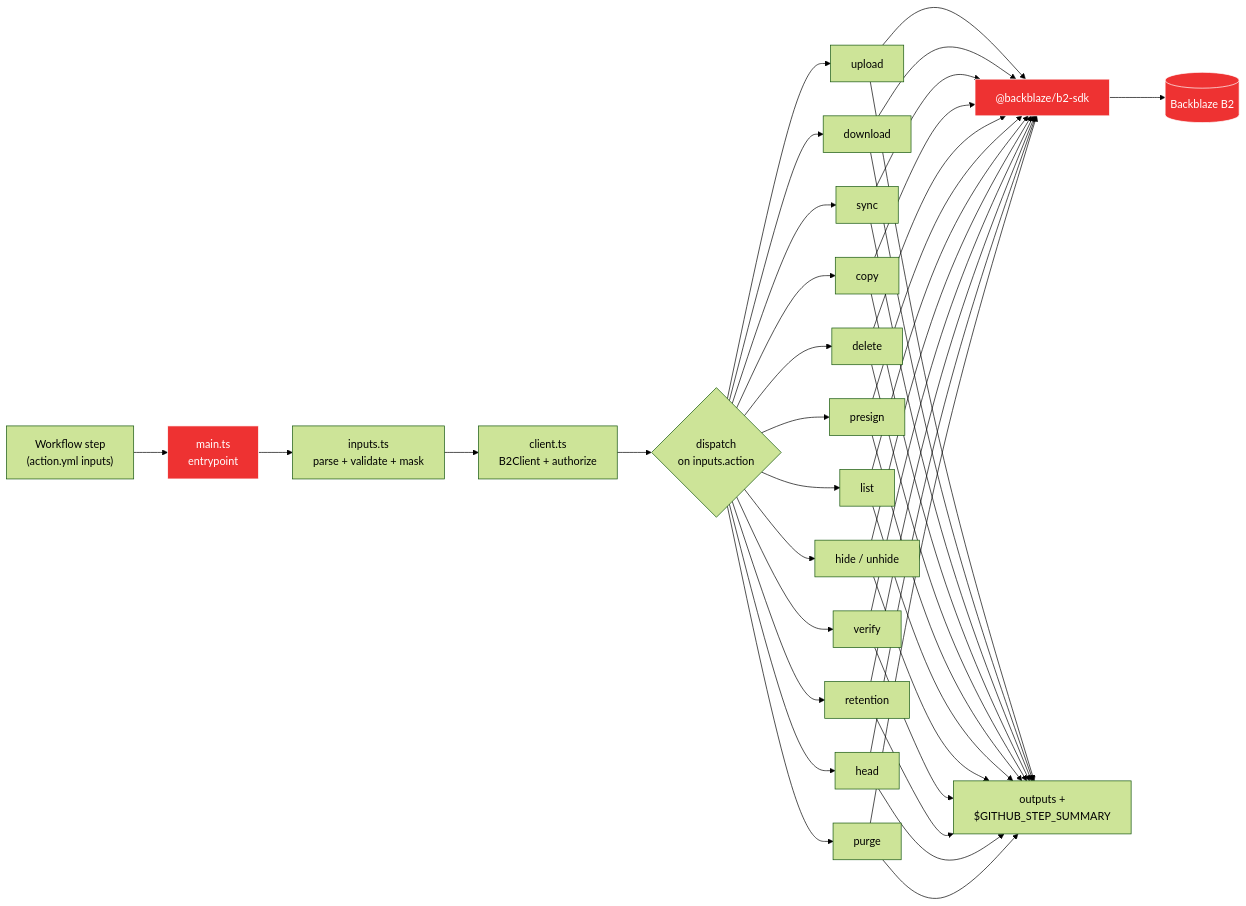
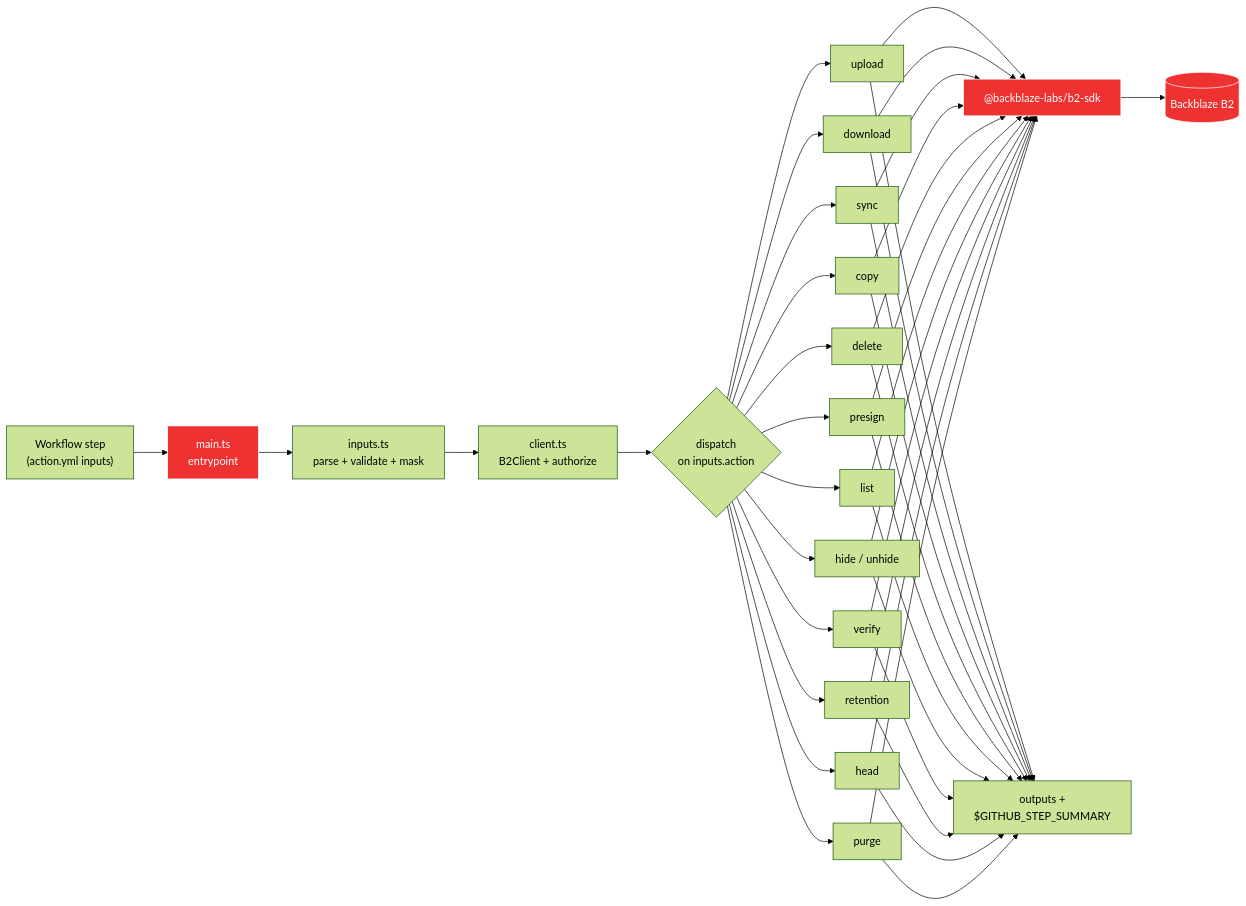
The diagram in DEVELOPMENT.md (actions-marketplace-validations/backblaze-labs_b2-action), drawn with Mermaid (forest theme) before and after one commit. The commit also changed other lines of this file and 39 other files, not shown here.

````diff
--- a/DEVELOPMENT.md
+++ b/DEVELOPMENT.md
@@ -7,29 +7,29 @@
 ```mermaid
 flowchart LR
     WF["Workflow step<br/>(action.yml inputs)"] --> M["main.ts<br/>entrypoint"]
     M --> I["inputs.ts<br/>parse + validate + mask"]
     I --> C["client.ts<br/>B2Client + authorize"]
     C --> D{"dispatch<br/>on inputs.action"}
 
     D --> U["upload"]
     D --> Dn["download"]
     D --> S["sync"]
     D --> Cp["copy"]
     D --> Dl["delete"]
     D --> P["presign"]
     D --> L["list"]
     D --> H["hide / unhide"]
     D --> V["verify"]
     D --> R["retention"]
     D --> Hd["head"]
     D --> Pg["purge"]
 
-    U & Dn & S & Cp & Dl & P & L & H & V & R & Hd & Pg --> SDK["@backblaze/b2-sdk"]
+    U & Dn & S & Cp & Dl & P & L & H & V & R & Hd & Pg --> SDK["@backblaze-labs/b2-sdk"]
     SDK --> B2[("Backblaze B2")]
 
     U & Dn & S & Cp & Dl & P & L & H & V & R & Hd & Pg --> O["outputs +<br/>$GITHUB_STEP_SUMMARY"]
 
     style M fill:#EE3232,stroke:#fff,color:#fff
     style SDK fill:#EE3232,stroke:#fff,color:#fff
     style B2 fill:#EE3232,stroke:#fff,color:#fff
 ```
````
